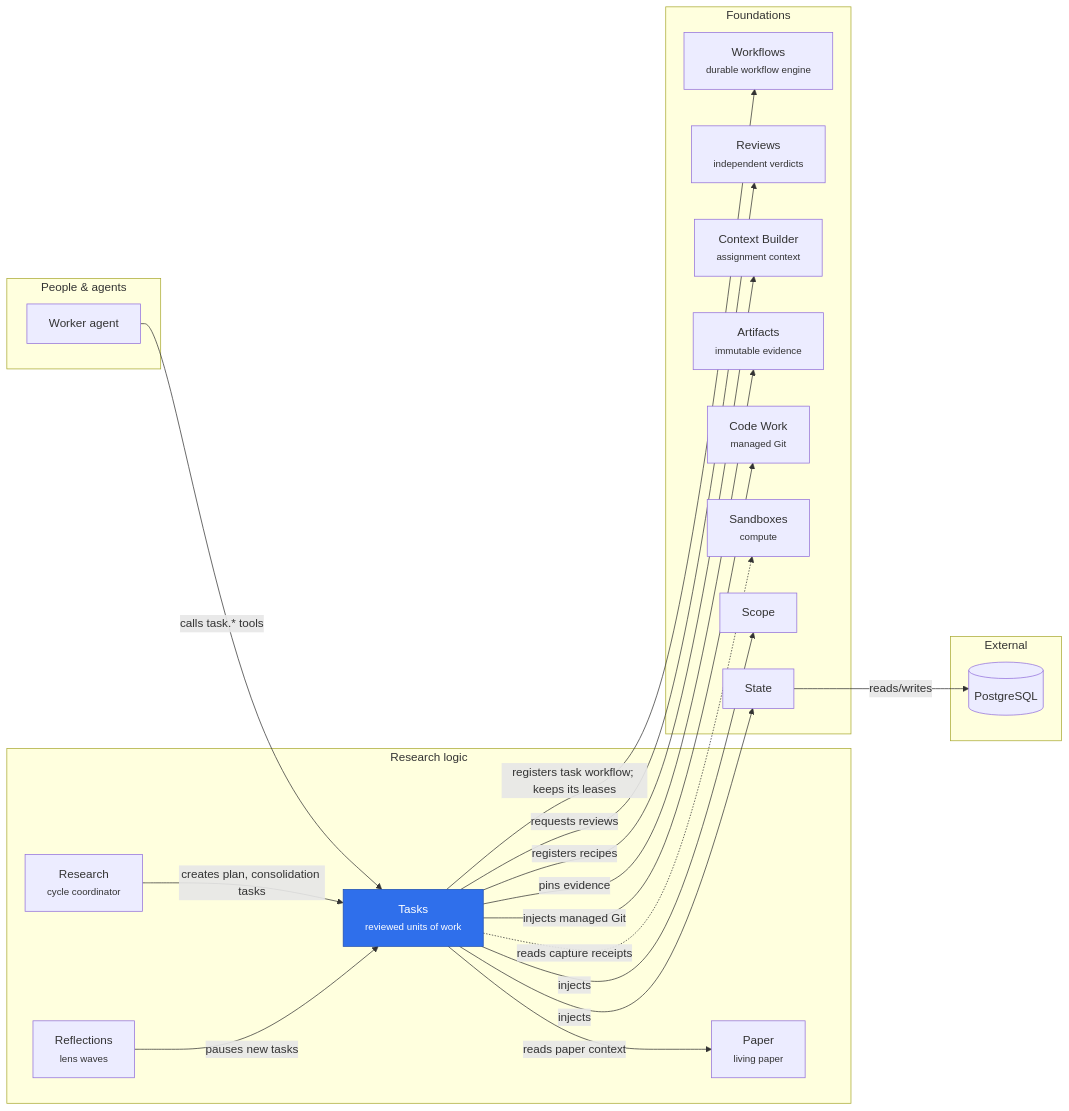
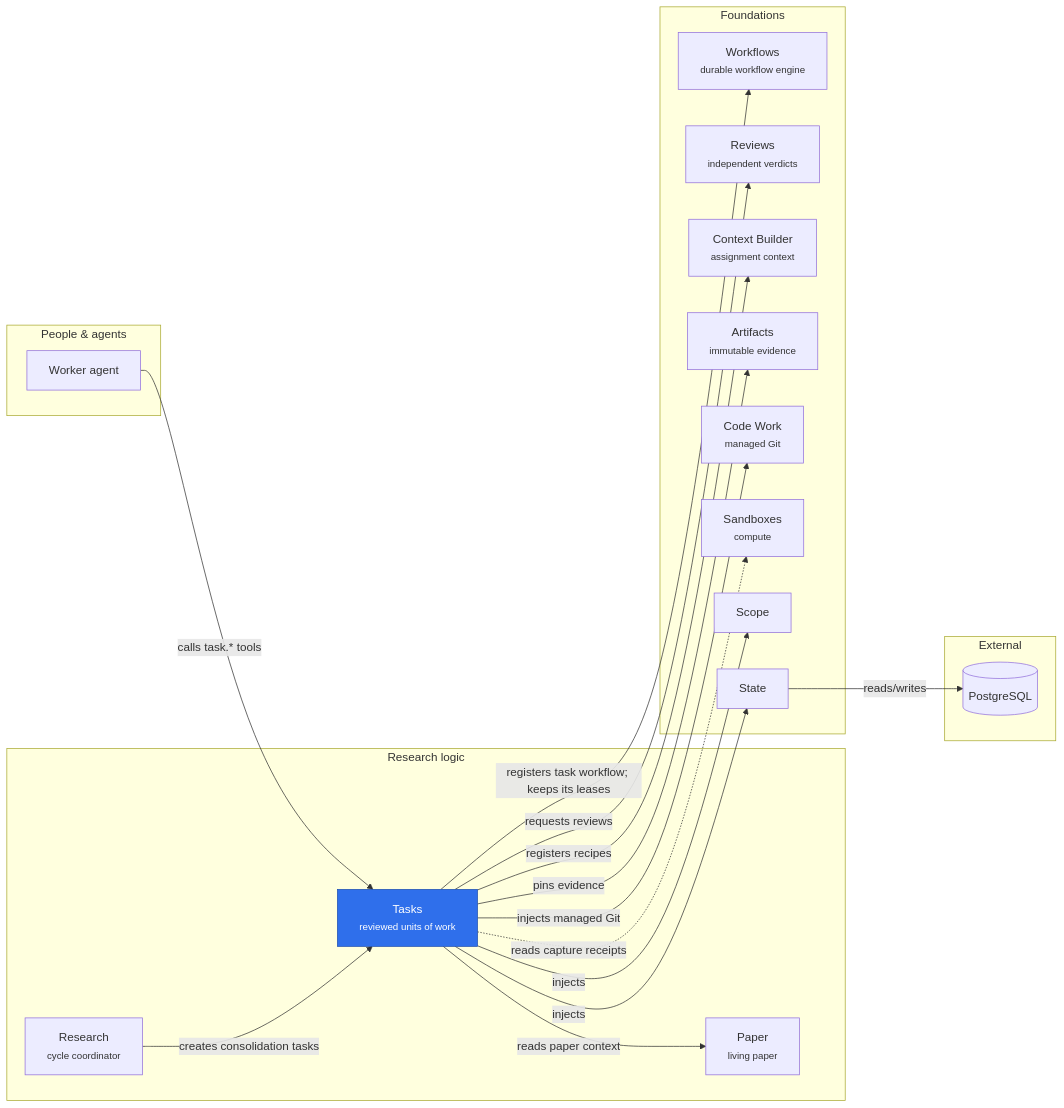
Before and after one commit to rapidreview-io/Merv: the diagram in merv-typescript/packages/tasks/README.md, drawn with Mermaid. The commit also changed other lines of this file and 132 other files, not shown here.

````diff
--- a/merv-typescript/packages/tasks/README.md
+++ b/merv-typescript/packages/tasks/README.md
@@ -11,40 +11,38 @@
 ```mermaid
 flowchart LR
   subgraph people["People & agents"]
     worker["Worker agent"]
   end
   subgraph logic["Research logic"]
     tasks["Tasks<br/><small>reviewed units of work</small>"]
     research["Research<br/><small>cycle coordinator</small>"]
-    reflections["Reflections<br/><small>lens waves</small>"]
     paper["Paper<br/><small>living paper</small>"]
   end
   subgraph foundations["Foundations"]
     workflows["Workflows<br/><small>durable workflow engine</small>"]
     reviews["Reviews<br/><small>independent verdicts</small>"]
     contextBuilder["Context Builder<br/><small>assignment context</small>"]
     artifacts["Artifacts<br/><small>immutable evidence</small>"]
     codeWork["Code Work<br/><small>managed Git</small>"]
     sandboxes["Sandboxes<br/><small>compute</small>"]
     scope["Scope"]
     state["State"]
   end
   subgraph external["External"]
     postgres[("PostgreSQL")]
   end
   worker -- "calls task.* tools" --> tasks
-  research -- "creates plan, consolidation tasks" --> tasks
-  reflections -- "pauses new tasks" --> tasks
+  research -- "creates consolidation tasks" --> tasks
   tasks -- "registers task workflow; keeps its leases" --> workflows
   tasks -- "requests reviews" --> reviews
   tasks -- "registers recipes" --> contextBuilder
   tasks -- "reads paper context" --> paper
   tasks -- "pins evidence" --> artifacts
   tasks -- "injects managed Git" --> codeWork
   tasks -. "reads capture receipts" .-> sandboxes
   tasks -- "injects" --> scope
   tasks -- "injects" --> state
   state -- "reads/writes" --> postgres
   class tasks self
   classDef self fill:#2f6feb,color:#fff,stroke:#1f4fb0
 ```
````
